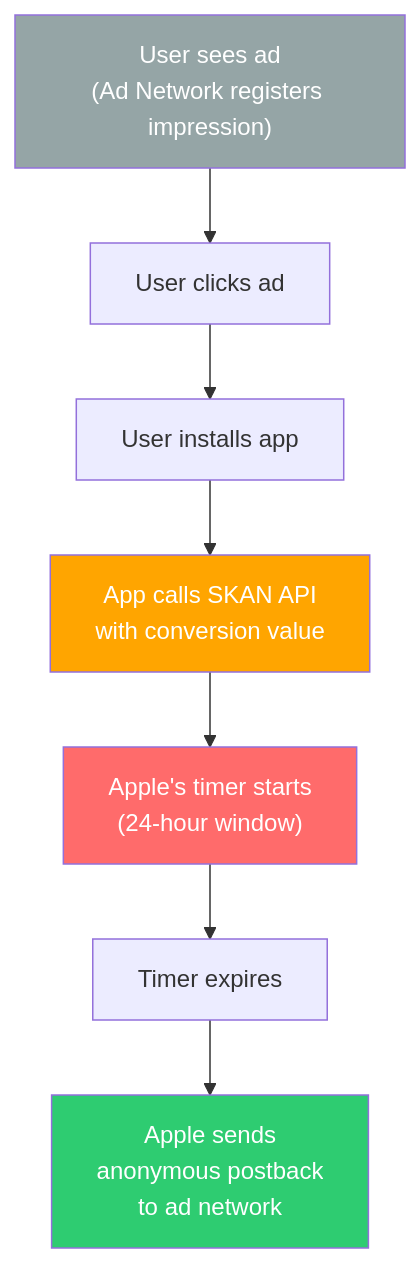
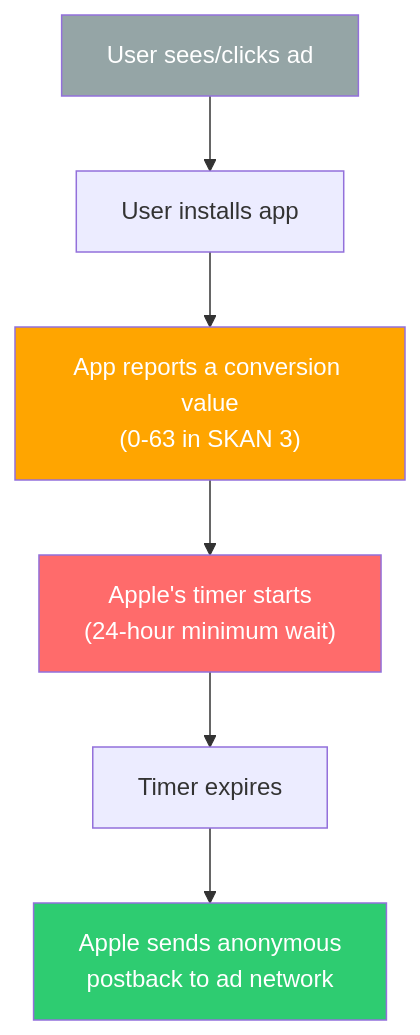
Before and after one commit to saanghyuk/ship-your-ads: the third of 3 diagrams in concepts/tracking-and-attribution.mdx, drawn with Mermaid. The commit also changed other lines of this file and 47 other files, not shown here.

````diff
--- a/concepts/tracking-and-attribution.mdx
+++ b/concepts/tracking-and-attribution.mdx
@@ -442,14 +419,13 @@
     ```mermaid
     graph TD
-        A["User sees ad<br/>(Ad Network registers impression)"] --> B["User clicks ad"]
-        B --> C["User installs app"]
-        C --> D["App calls SKAN API<br/>with conversion value"]
-        D --> E["Apple's timer starts<br/>(24-hour window)"]
-        E --> F["Timer expires"]
-        F --> G["Apple sends<br/>anonymous postback<br/>to ad network"]
+        A["User sees/clicks ad"] --> B["User installs app"]
+        B --> C["App reports a conversion value<br/>(0-63 in SKAN 3)"]
+        C --> D["Apple's timer starts<br/>(24-hour minimum wait)"]
+        D --> E["Timer expires"]
+        E --> F["Apple sends anonymous<br/>postback to ad network"]
 
         style A fill:#95A5A6,color:#fff
-        style D fill:#FFA500,color:#fff
-        style E fill:#FF6B6B,color:#fff
-        style G fill:#2ECC71,color:#fff
+        style C fill:#FFA500,color:#fff
+        style D fill:#FF6B6B,color:#fff
+        style F fill:#2ECC71,color:#fff
     ```
````
